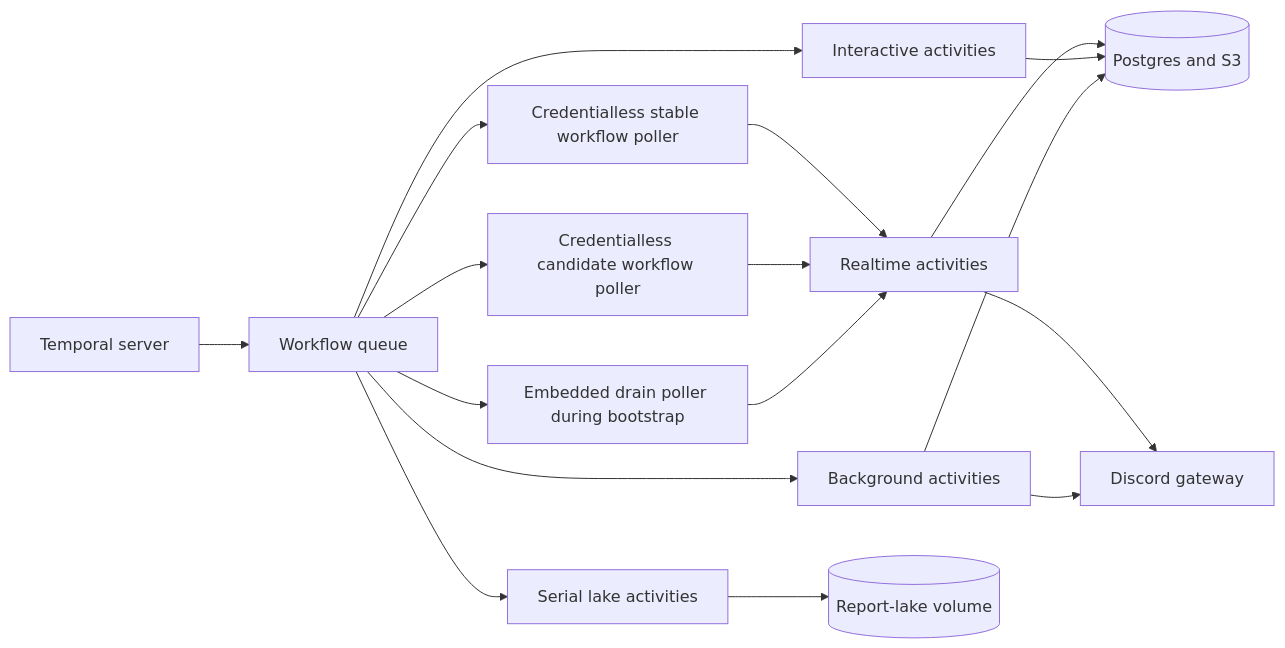
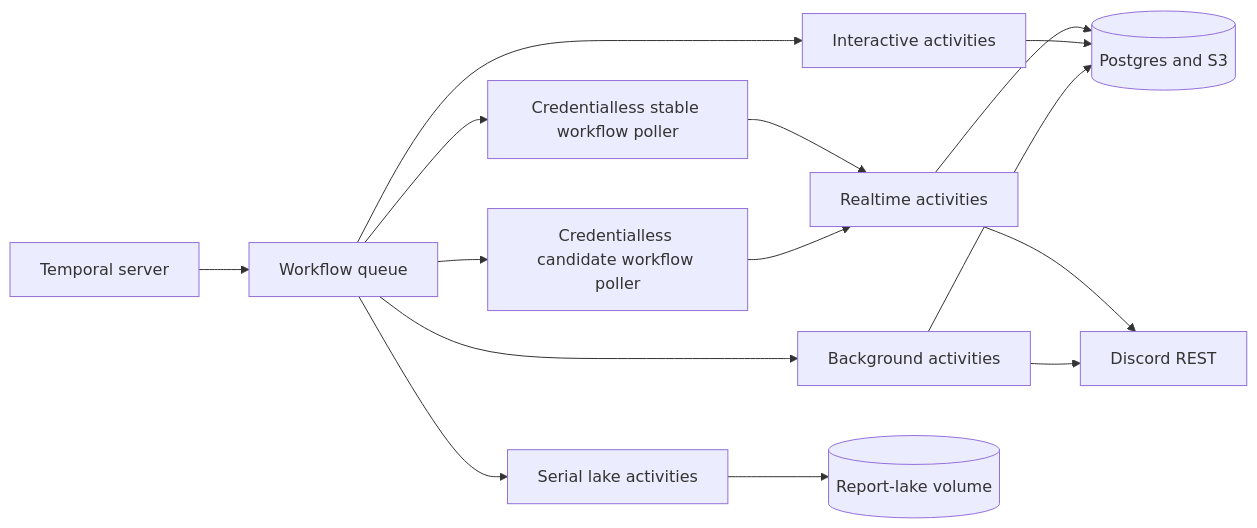
One commit to shepherdjerred/monorepo changed the diagram in packages/docs/wiki/src/content/docs/explanation/temporal/scout-orchestration.md. Above: the diagram before and after it, drawn with Mermaid. The commit also changed other lines of this file and 61 other files, not shown here.

First line of the commit message:
feat(scout-for-lol): complete beta durable execution and delivery ownership

````diff
--- a/packages/docs/wiki/src/content/docs/explanation/temporal/scout-orchestration.md
+++ b/packages/docs/wiki/src/content/docs/explanation/temporal/scout-orchestration.md
@@ -20,22 +20,20 @@
 ```mermaid
 flowchart LR
   accTitle: Scout Temporal ownership and queue boundaries
-  accDescr: Temporal dispatches deterministic workflow tasks to credentialless stable and candidate pollers and effectful activity tasks to the Scout backend. During bootstrap the embedded workflow poller drains old unversioned histories.
+  accDescr: Temporal dispatches beta workflow tasks to credentialless stable and candidate pollers and effectful activity tasks to the Scout backend.
 
   T[Temporal server] --> W[Workflow queue]
   W --> S[Credentialless stable workflow poller]
   W --> C[Credentialless candidate workflow poller]
-  W --> E[Embedded drain poller during bootstrap]
   S --> R[Realtime activities]
   C --> R
-  E --> R
   W --> I[Interactive activities]
   W --> B[Background activities]
   W --> L[Serial lake activities]
   R --> P[(Postgres and S3)]
   I --> P
   B --> P
   L --> V[(Report-lake volume)]
-  R --> D[Discord gateway]
+  R --> D[Discord REST]
   B --> D
 ```
````
